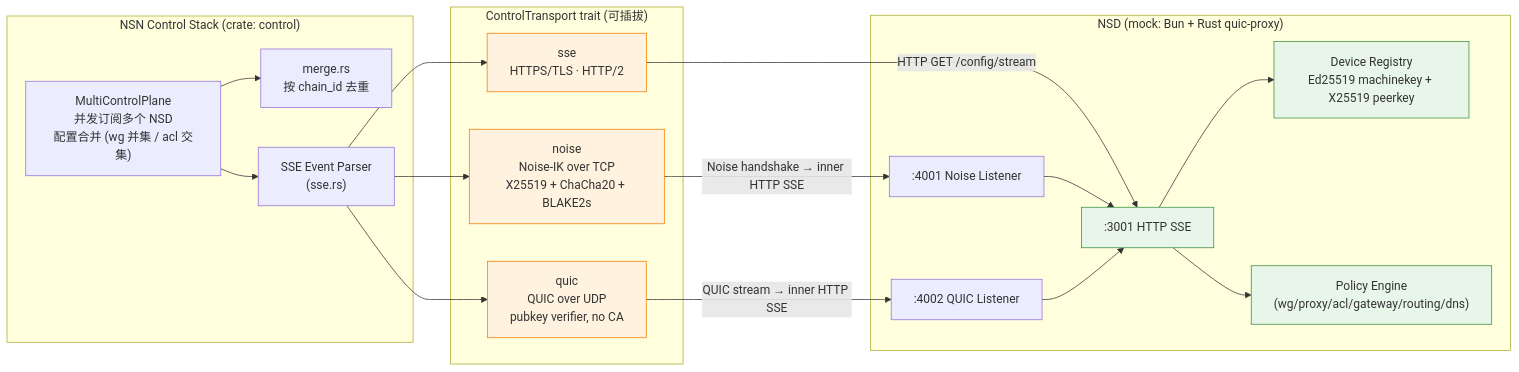
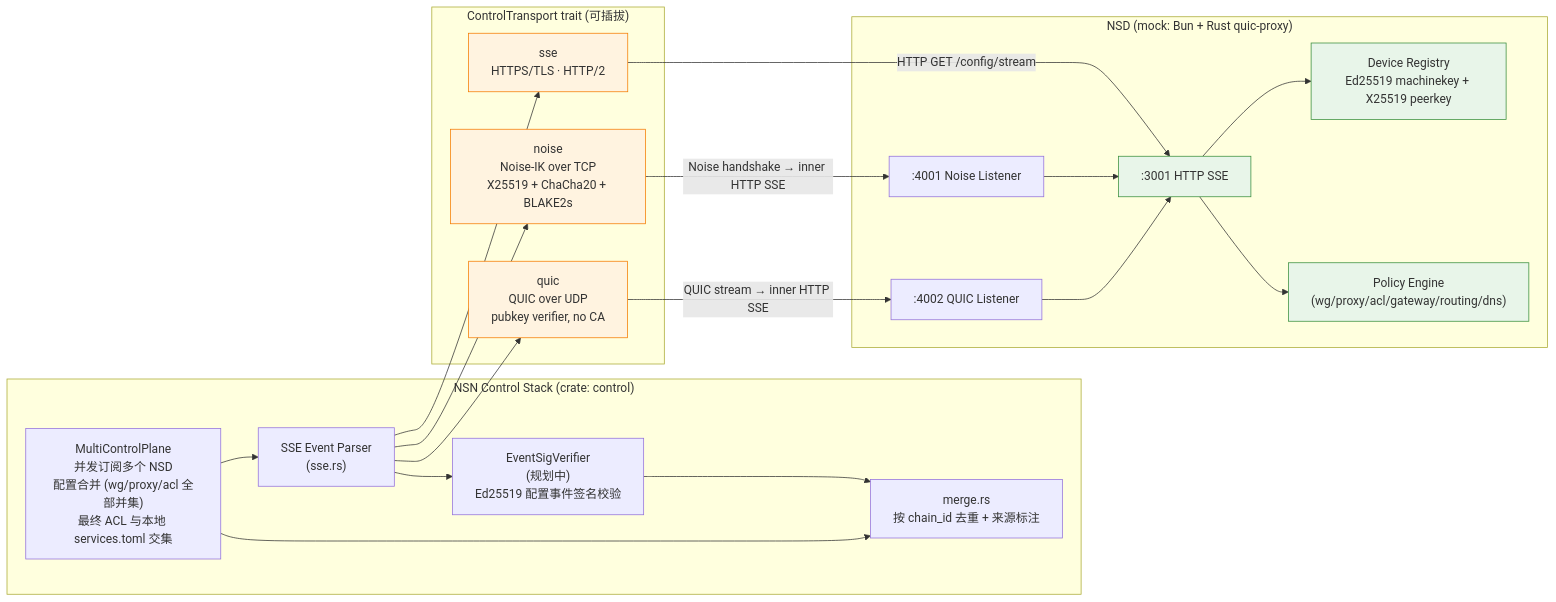
The diagram in docs/01-overview/diagrams/control-plane.mmd (nsiod/docs), drawn with Mermaid before and after one commit. The commit also changed 14 other files, not shown here.

First line of the commit message:
docs(control-plane): flip ACL merge to union + local ACL floor, spec event signing

```diff
--- a/docs/01-overview/diagrams/control-plane.mmd
+++ b/docs/01-overview/diagrams/control-plane.mmd
@@ -1,42 +1,45 @@
 %% 控制面: 可插拔 ControlTransport 与事件驱动
 %% 用途: 展示 NSN 如何订阅多个 NSD、三种传输外壳如何复用同一 SSE 事件解析器
 graph LR
     subgraph NSN["NSN Control Stack (crate: control)"]
-        MCP["MultiControlPlane<br/>并发订阅多个 NSD<br/>配置合并 (wg 并集 / acl 交集)"]
-        Merge["merge.rs<br/>按 chain_id 去重"]
+        MCP["MultiControlPlane<br/>并发订阅多个 NSD<br/>配置合并 (wg/proxy/acl 全部并集)<br/>最终 ACL 与本地 services.toml 交集"]
+        Merge["merge.rs<br/>按 chain_id 去重 + 来源标注"]
+        SigV["EventSigVerifier<br/>(规划中)<br/>Ed25519 配置事件签名校验"]
         SSE_Client["SSE Event Parser<br/>(sse.rs)"]
     end
 
     subgraph Transport["ControlTransport trait (可插拔)"]
         T_SSE["sse<br/>HTTPS/TLS · HTTP/2"]
         T_NOISE["noise<br/>Noise-IK over TCP<br/>X25519 + ChaCha20 + BLAKE2s"]
         T_QUIC["quic<br/>QUIC over UDP<br/>pubkey verifier, no CA"]
     end
 
     subgraph NSDSide["NSD (mock: Bun + Rust quic-proxy)"]
         NSD_REG["Device Registry<br/>Ed25519 machinekey + X25519 peerkey"]
         NSD_POL["Policy Engine<br/>(wg/proxy/acl/gateway/routing/dns)"]
         NSD_HTTP[":3001 HTTP SSE"]
         NSD_NOISE[":4001 Noise Listener"]
         NSD_QUIC[":4002 QUIC Listener"]
     end
 
     MCP --> SSE_Client
+    SSE_Client --> SigV
+    SigV --> Merge
     MCP --> Merge
     SSE_Client --> T_SSE
     SSE_Client --> T_NOISE
     SSE_Client --> T_QUIC
 
     T_SSE -->|"HTTP GET /config/stream"| NSD_HTTP
     T_NOISE -->|"Noise handshake → inner HTTP SSE"| NSD_NOISE
     T_QUIC -->|"QUIC stream → inner HTTP SSE"| NSD_QUIC
 
     NSD_NOISE --> NSD_HTTP
     NSD_QUIC --> NSD_HTTP
     NSD_HTTP --> NSD_POL
     NSD_HTTP --> NSD_REG
 
     classDef outer fill:#fff3e0,stroke:#f57c00
     classDef inner fill:#e8f5e9,stroke:#388e3c
     class T_SSE,T_NOISE,T_QUIC outer
     class NSD_HTTP,NSD_POL,NSD_REG inner
```
